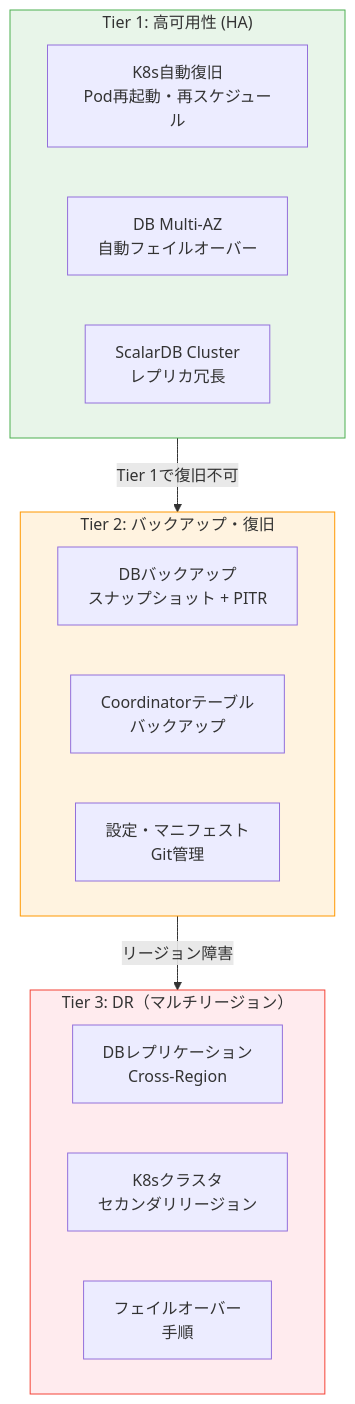
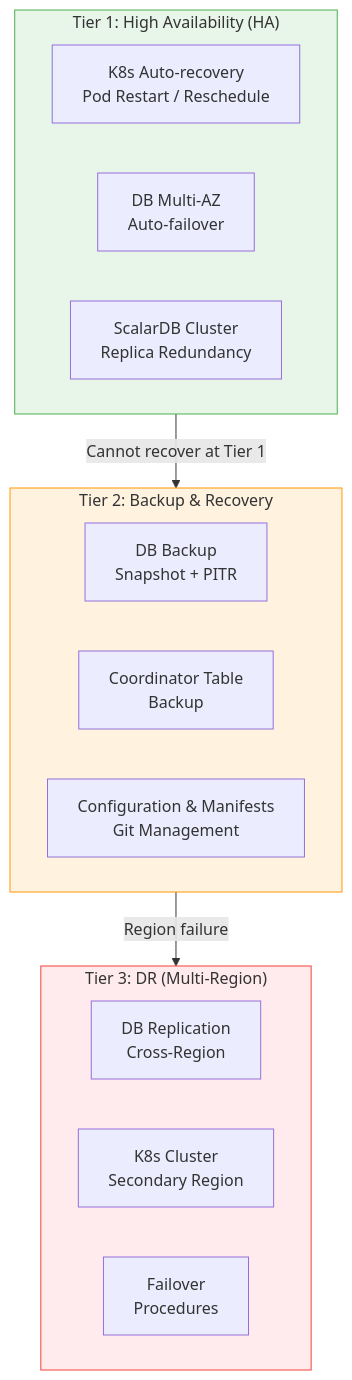
The first of 4 diagrams in workflow/greenfield/10_disaster_recovery_design.md (wfukatsu/nexus-architect), drawn with Mermaid before and after one commit. The commit also changed other lines of this file and 6 other files, not shown here.

````diff
--- a/workflow/greenfield/10_disaster_recovery_design.md
+++ b/workflow/greenfield/10_disaster_recovery_design.md
@@ -30,30 +30,30 @@
 ```mermaid
 flowchart TB
-    subgraph Tier1["Tier 1: 高可用性 (HA)"]
+    subgraph Tier1["Tier 1: High Availability (HA)"]
         direction LR
-        HA_K8S["K8s自動復旧<br/>Pod再起動・再スケジュール"]
-        HA_DB["DB Multi-AZ<br/>自動フェイルオーバー"]
-        HA_SDB["ScalarDB Cluster<br/>レプリカ冗長"]
+        HA_K8S["K8s Auto-recovery<br/>Pod Restart / Reschedule"]
+        HA_DB["DB Multi-AZ<br/>Auto-failover"]
+        HA_SDB["ScalarDB Cluster<br/>Replica Redundancy"]
     end
 
-    subgraph Tier2["Tier 2: バックアップ・復旧"]
+    subgraph Tier2["Tier 2: Backup & Recovery"]
         direction LR
-        BK_DB["DBバックアップ<br/>スナップショット + PITR"]
-        BK_COORD["Coordinatorテーブル<br/>バックアップ"]
-        BK_CONFIG["設定・マニフェスト<br/>Git管理"]
+        BK_DB["DB Backup<br/>Snapshot + PITR"]
+        BK_COORD["Coordinator Table<br/>Backup"]
+        BK_CONFIG["Configuration & Manifests<br/>Git Management"]
     end
 
-    subgraph Tier3["Tier 3: DR（マルチリージョン）"]
+    subgraph Tier3["Tier 3: DR (Multi-Region)"]
         direction LR
-        DR_DB["DBレプリケーション<br/>Cross-Region"]
-        DR_K8S["K8sクラスタ<br/>セカンダリリージョン"]
-        DR_FAILOVER["フェイルオーバー<br/>手順"]
+        DR_DB["DB Replication<br/>Cross-Region"]
+        DR_K8S["K8s Cluster<br/>Secondary Region"]
+        DR_FAILOVER["Failover<br/>Procedures"]
     end
 
-    Tier1 -->|"Tier 1で復旧不可"| Tier2
-    Tier2 -->|"リージョン障害"| Tier3
+    Tier1 -->|"Cannot recover at Tier 1"| Tier2
+    Tier2 -->|"Region failure"| Tier3
 
     style Tier1 fill:#e8f5e9,stroke:#4caf50
     style Tier2 fill:#fff3e0,stroke:#ff9800
     style Tier3 fill:#ffebee,stroke:#f44336
 ```
````
